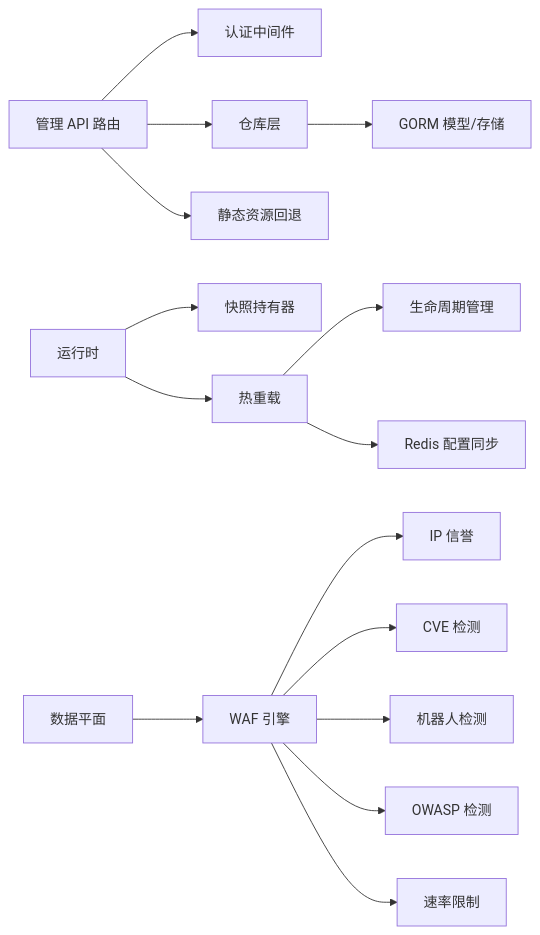
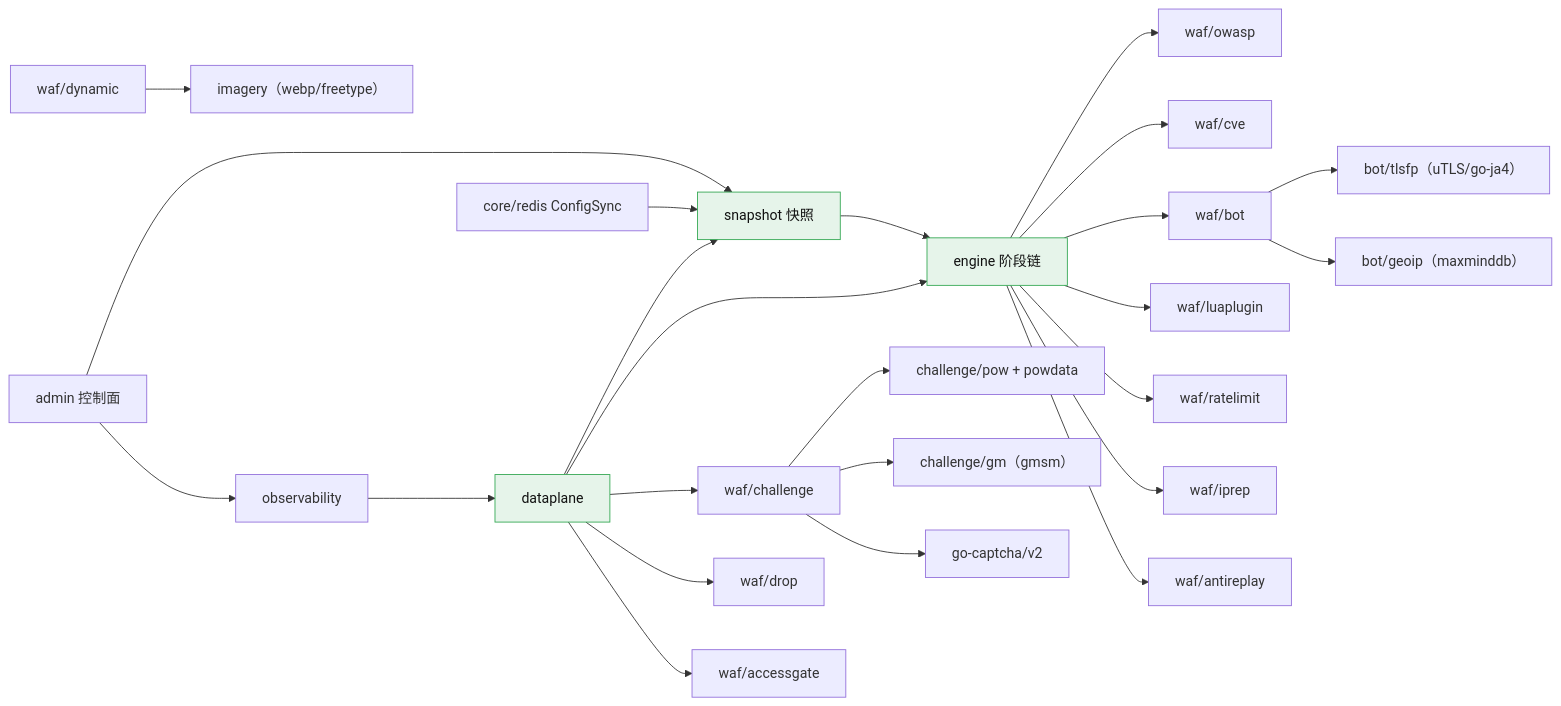
One commit to x01n/My-OpenWaf changed the fifth of 5 diagrams in docs/项目概述/核心特性.md. Above: the diagram before and after it, drawn with Mermaid. The commit also changed other lines of this file and 622 other files, not shown here.

````diff
--- a/docs/项目概述/核心特性.md
+++ b/docs/项目概述/核心特性.md
@@ -280,17 +471,28 @@
 ```mermaid
 graph LR
-AdminAPI["管理 API 路由"] --> Auth["认证中间件"]
-AdminAPI --> Repos["仓库层"]
-Repos --> DB["GORM 模型/存储"]
-AdminAPI --> Static["静态资源回退"]
-Runtime["运行时"] --> Snapshot["快照持有器"]
-Runtime --> Reload["热重载"]
-Reload --> Lifecycle["生命周期管理"]
-Reload --> RedisPubSub["Redis 配置同步"]
-DataPlane["数据平面"] --> Engine["WAF 引擎"]
-Engine --> IPRep["IP 信誉"]
-Engine --> CVE["CVE 检测"]
-Engine --> Bot["机器人检测"]
-Engine --> OWASP["OWASP 检测"]
-Engine --> RL["速率限制"]
+  SNAP["snapshot 快照"] --> ENG["engine 阶段链"]
+  ENG --> OWASP["waf/owasp"]
+  ENG --> CVE["waf/cve"]
+  ENG --> BOT["waf/bot"]
+  ENG --> Lua["waf/luaplugin"]
+  ENG --> RL["waf/ratelimit"]
+  ENG --> IPRep["waf/iprep"]
+  ENG --> AR["waf/antireplay"]
+  BOT --> TLSFP["bot/tlsfp（uTLS/go-ja4）"]
+  BOT --> GEO["bot/geoip（maxminddb）"]
+  CHAL["waf/challenge"] --> POW["challenge/pow + powdata"]
+  CHAL --> GM["challenge/gm（gmsm）"]
+  CHAL --> CAP["go-captcha/v2"]
+  DYN["waf/dynamic"] --> IMG["imagery（webp/freetype）"]
+  DP["dataplane"] --> SNAP
+  DP --> ENG
+  DP --> CHAL
+  DP --> DROP["waf/drop"]
+  DP --> GATE["waf/accessgate"]
+  OBS["observability"] --> DP
+  ADMIN["admin 控制面"] --> SNAP
+  ADMIN --> OBS
+  SYNC["core/redis ConfigSync"] --> SNAP
+  classDef core fill:#e6f4ea,stroke:#34a853,color:#111
+  class SNAP,ENG,DP core
 ```
````
